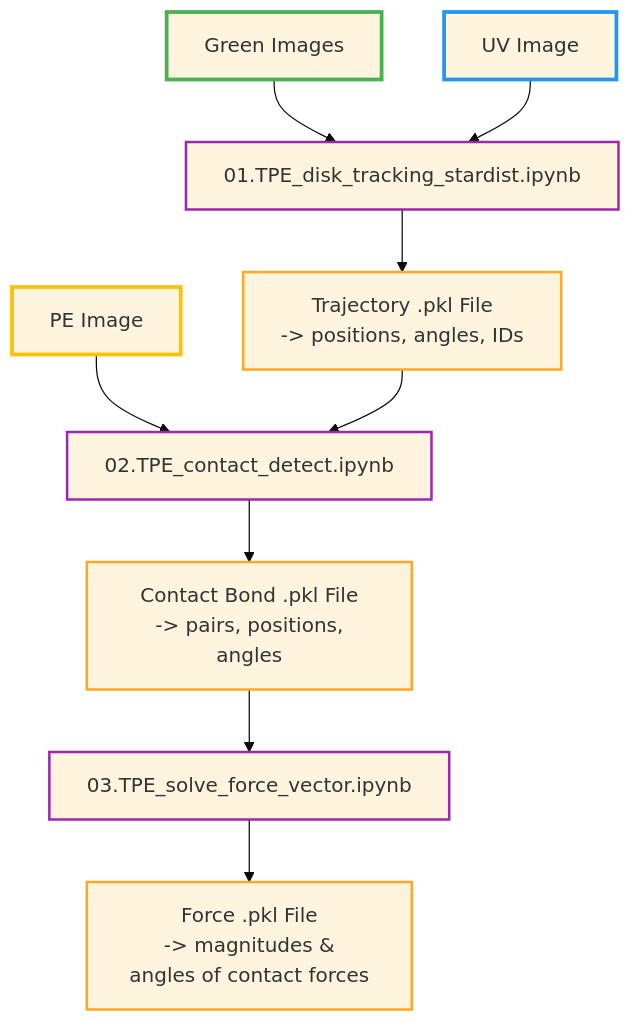
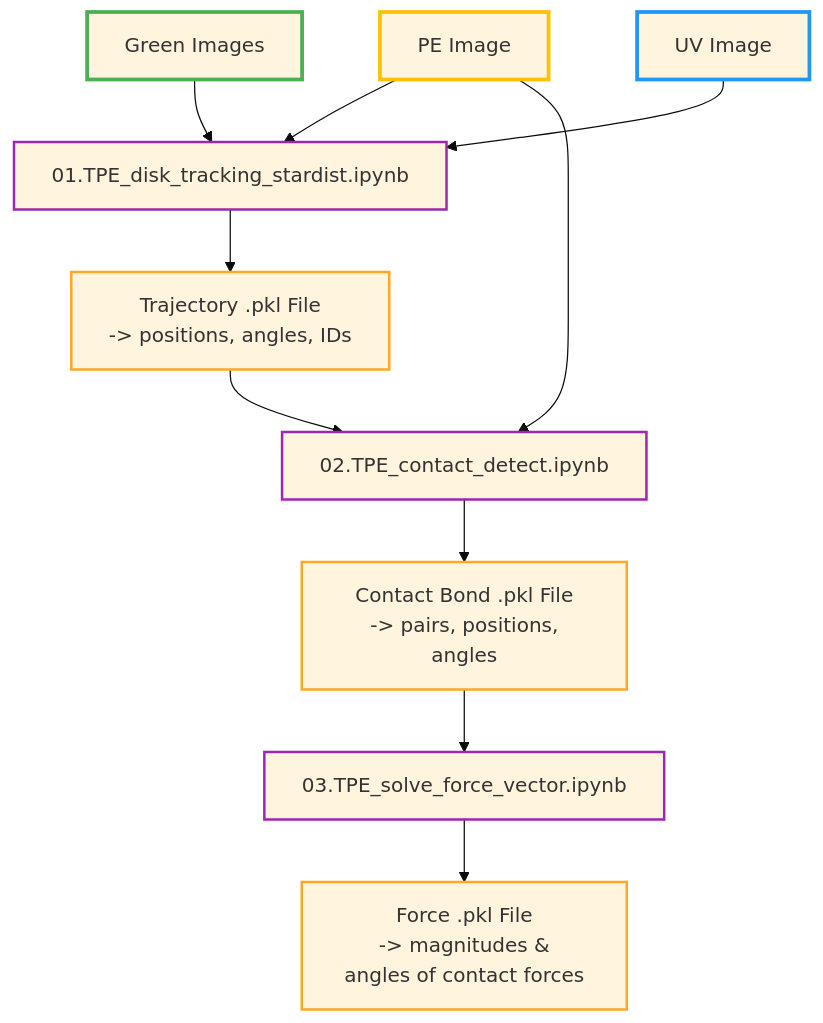
One commit to linjunJR/TPE_Disk_Image_Processing changed the diagram in README.md. Above: the diagram before and after it, drawn with Mermaid (base theme). The commit also changed other lines of this file, not shown here.

````diff
--- a/README.md
+++ b/README.md
@@ -18,22 +18,23 @@
 ```mermaid
 
 flowchart TD
     I1[Green Images] --> B[01.TPE_disk_tracking_stardist.ipynb]
     I2[UV Image] --> B
-    I3[PE Image] --> D
+    I3[PE Image] --> B
+    I3 --> D
     B --> C[Trajectory .pkl File<br/> -> positions, angles, IDs]
     C --> D[02.TPE_contact_detect.ipynb]
     D --> E[Contact Bond .pkl File<br/> -> pairs, positions, angles]
     E --> F[03.TPE_solve_force_vector.ipynb]
     F --> G[Force .pkl File<br/> -> magnitudes & angles of contact forces]
         
     style I1 stroke:#4CAF50,stroke-width:3px
     style I2 stroke:#2196F3,stroke-width:3px
     style I3 stroke:#FFC107,stroke-width:3px
     style C stroke:#FFA726,stroke-width:2px
     style E stroke:#FFA726,stroke-width:2px
     style G stroke:#FFA726,stroke-width:2px
     style B stroke:#9C27B0,stroke-width:2px
     style D stroke:#9C27B0,stroke-width:2px
     style F stroke:#9C27B0,stroke-width:2px
 ```
````
